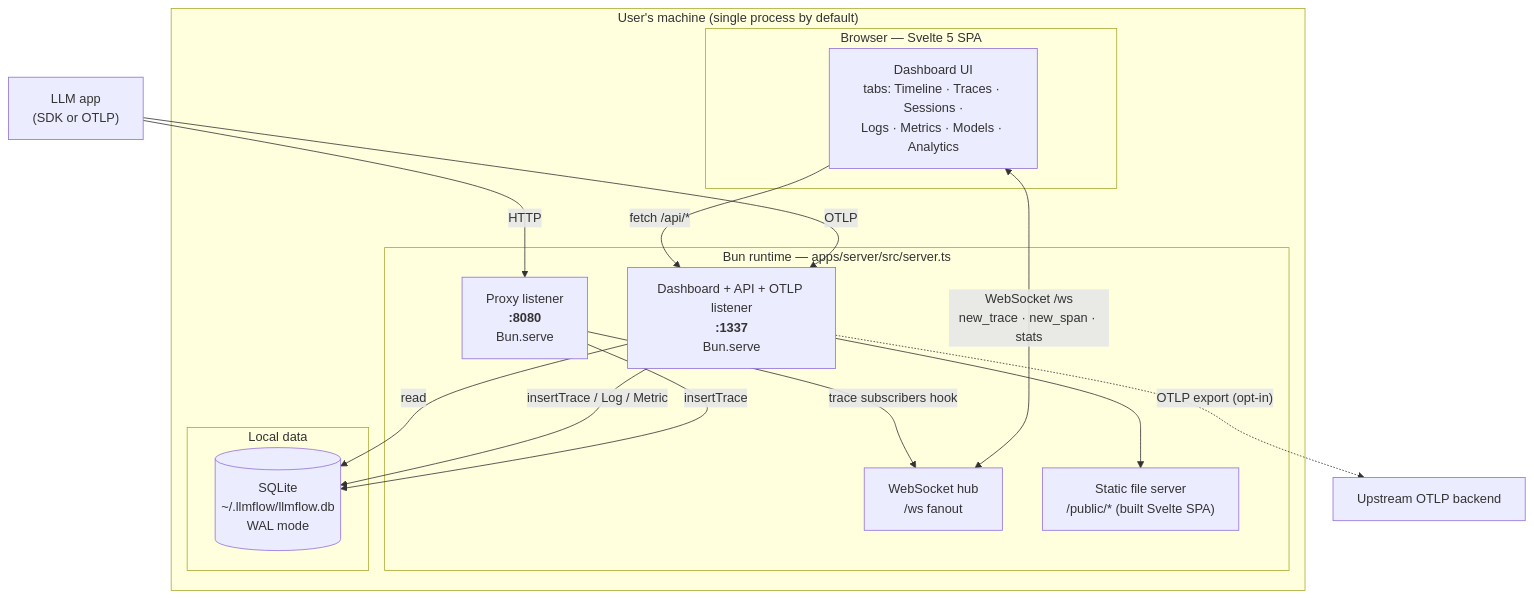
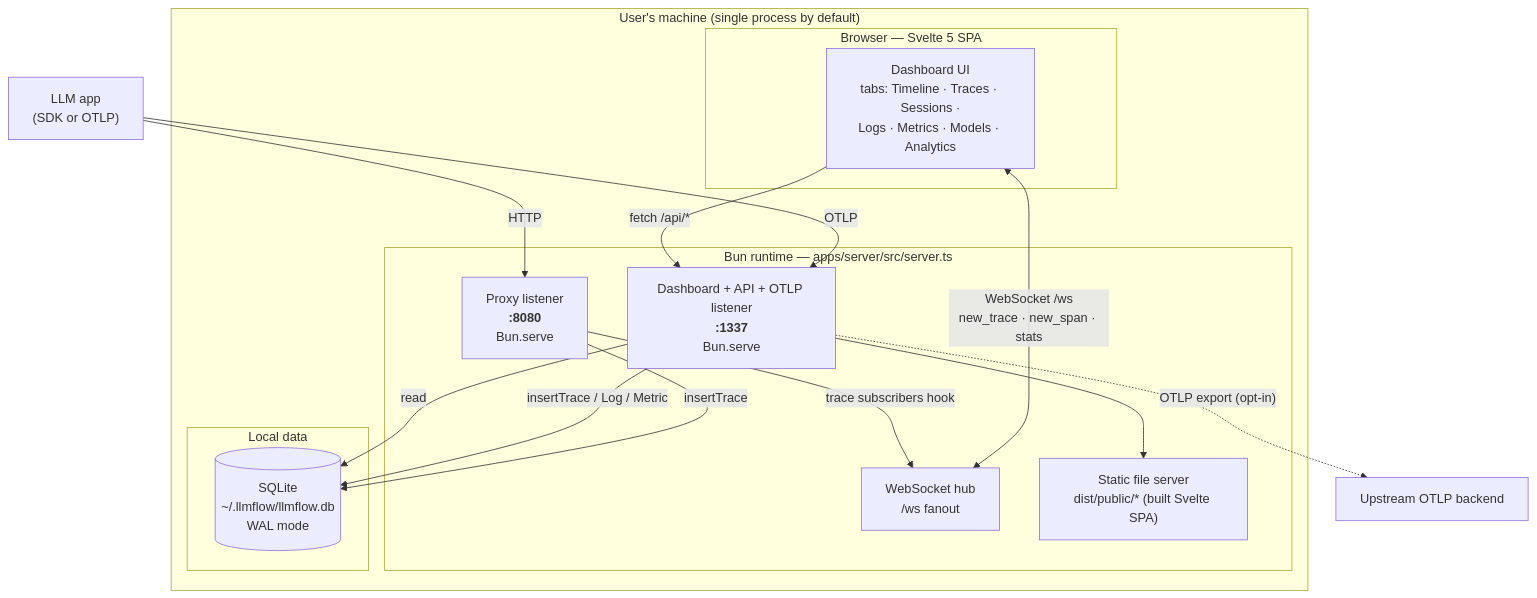
One commit to HelgeSverre/llmflow changed the second of 10 diagrams in ARCHITECTURE.md. Above: the diagram before and after it, drawn with Mermaid. The commit also changed other lines of this file and 91 other files, not shown here.

````diff
--- a/ARCHITECTURE.md
+++ b/ARCHITECTURE.md
@@ -68,30 +68,30 @@
 ```mermaid
 graph TB
     subgraph host["User's machine (single process by default)"]
         subgraph bun["Bun runtime — apps/server/src/server.ts"]
             PROXY["Proxy listener<br/><b>:8080</b><br/>Bun.serve"]
             DASH["Dashboard + API + OTLP listener<br/><b>:1337</b><br/>Bun.serve"]
             WS["WebSocket hub<br/>/ws fanout"]
-            STATIC["Static file server<br/>/public/* (built Svelte SPA)"]
+            STATIC["Static file server<br/>dist/public/* (built Svelte SPA)"]
         end
 
         subgraph data["Local data"]
             SQLITE[(SQLite<br/>~/.llmflow/llmflow.db<br/>WAL mode)]
         end
 
         subgraph spa["Browser — Svelte 5 SPA"]
             DASHBOARD["Dashboard UI<br/>tabs: Timeline · Traces · Sessions ·<br/>Logs · Metrics · Models · Analytics"]
         end
     end
 
     CLIENT["LLM app<br/>(SDK or OTLP)"] -->|"HTTP"| PROXY
     CLIENT -->|"OTLP"| DASH
     DASHBOARD -->|"fetch /api/*"| DASH
     DASHBOARD <-->|"WebSocket /ws<br/>new_trace · new_span · stats"| WS
     DASH --> STATIC
     PROXY -->|"insertTrace"| SQLITE
     DASH -->|"insertTrace / Log / Metric"| SQLITE
     DASH -->|"read"| SQLITE
     PROXY -->|"trace subscribers hook"| WS
     DASH -.->|"OTLP export (opt-in)"| EXTERNAL["Upstream OTLP backend"]
 ```
````
